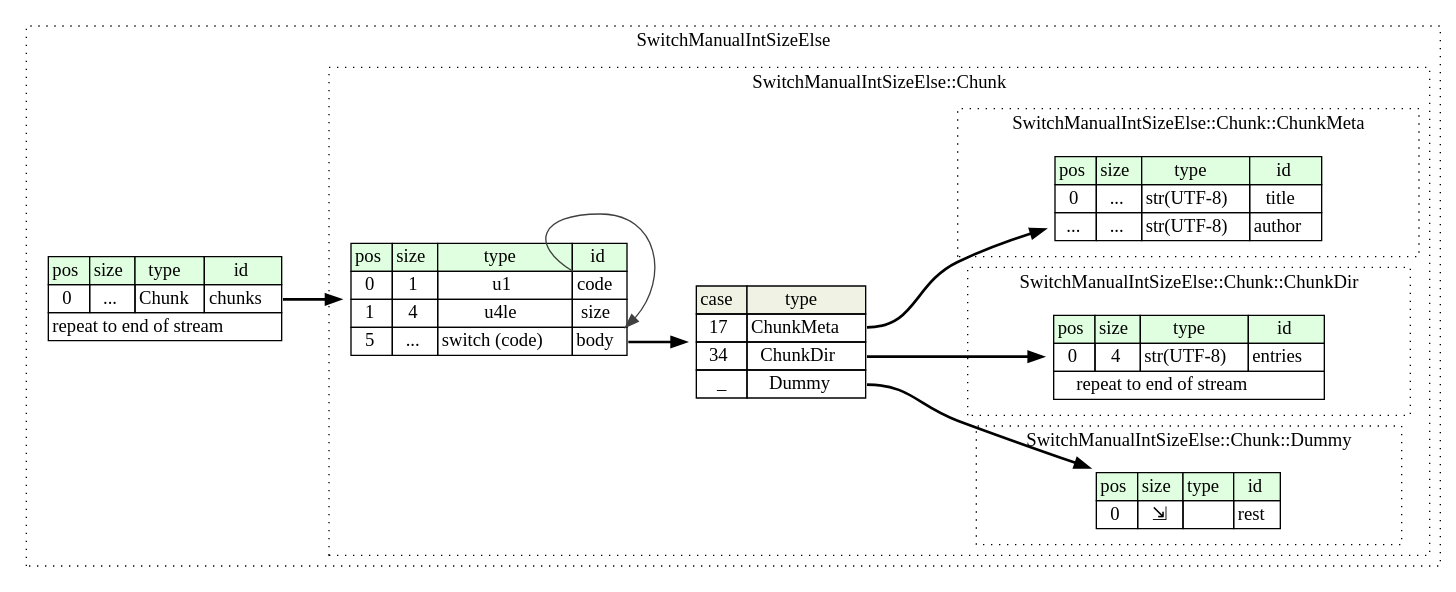
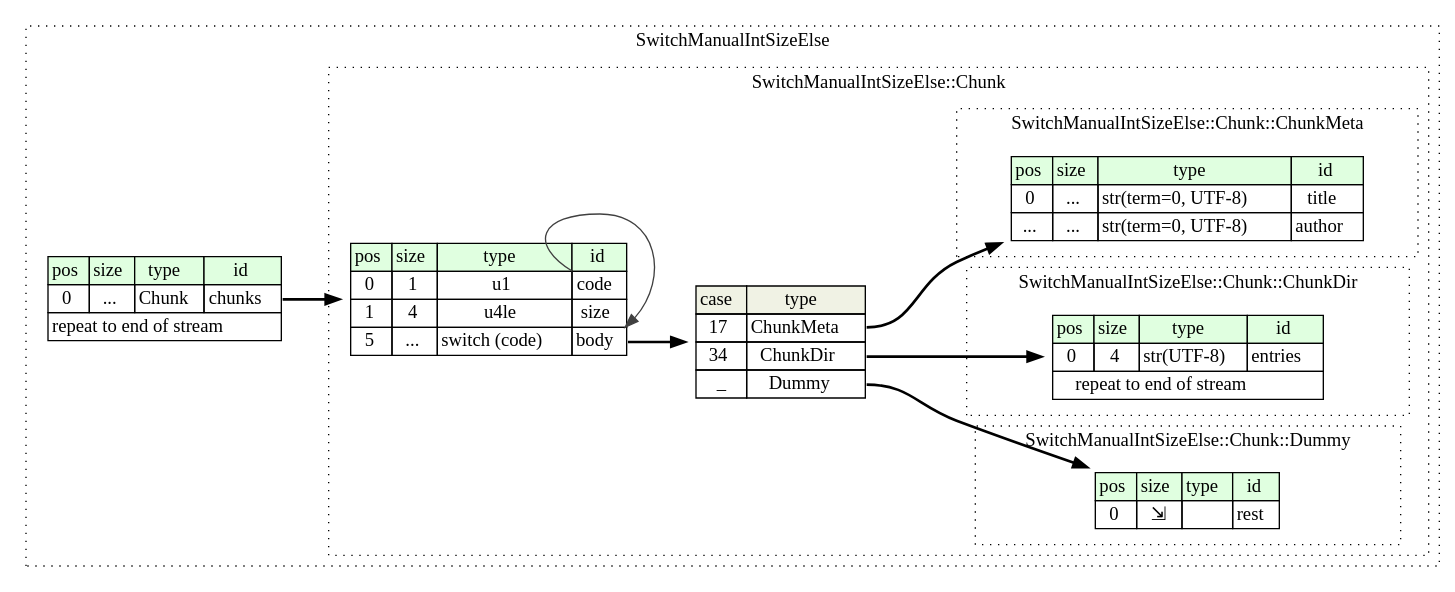
Before and after one commit to kaitai-io/ci_targets: the diagram in compiled/graphviz/switch_manual_int_size_else.dot, drawn with Graphviz. The commit also changed 439 other files, not shown here.

```diff
--- a/compiled/graphviz/switch_manual_int_size_else.dot
+++ b/compiled/graphviz/switch_manual_int_size_else.dot
@@ -1,66 +1,66 @@
 digraph {
 	rankdir=LR;
 	node [shape=plaintext];
 	subgraph cluster__switch_manual_int_size_else {
 		label="SwitchManualIntSizeElse";
 		graph[style=dotted];
 
 		switch_manual_int_size_else__seq [label=<<TABLE BORDER="0" CELLBORDER="1" CELLSPACING="0">
 			<TR><TD BGCOLOR="#E0FFE0">pos</TD><TD BGCOLOR="#E0FFE0">size</TD><TD BGCOLOR="#E0FFE0">type</TD><TD BGCOLOR="#E0FFE0">id</TD></TR>
 			<TR><TD PORT="chunks_pos">0</TD><TD PORT="chunks_size">...</TD><TD>Chunk</TD><TD PORT="chunks_type">chunks</TD></TR>
 			<TR><TD COLSPAN="4" PORT="chunks__repeat">repeat to end of stream</TD></TR>
 		</TABLE>>];
 		subgraph cluster__chunk {
 			label="SwitchManualIntSizeElse::Chunk";
 			graph[style=dotted];
 
 			chunk__seq [label=<<TABLE BORDER="0" CELLBORDER="1" CELLSPACING="0">
 				<TR><TD BGCOLOR="#E0FFE0">pos</TD><TD BGCOLOR="#E0FFE0">size</TD><TD BGCOLOR="#E0FFE0">type</TD><TD BGCOLOR="#E0FFE0">id</TD></TR>
 				<TR><TD PORT="code_pos">0</TD><TD PORT="code_size">1</TD><TD>u1</TD><TD PORT="code_type">code</TD></TR>
 				<TR><TD PORT="size_pos">1</TD><TD PORT="size_size">4</TD><TD>u4le</TD><TD PORT="size_type">size</TD></TR>
 				<TR><TD PORT="body_pos">5</TD><TD PORT="body_size">...</TD><TD>switch (code)</TD><TD PORT="body_type">body</TD></TR>
 			</TABLE>>];
 chunk__seq_body_switch [label=<<TABLE BORDER="0" CELLBORDER="1" CELLSPACING="0">
 	<TR><TD BGCOLOR="#F0F2E4">case</TD><TD BGCOLOR="#F0F2E4">type</TD></TR>
 	<TR><TD>17</TD><TD PORT="case0">ChunkMeta</TD></TR>
 	<TR><TD>34</TD><TD PORT="case1">ChunkDir</TD></TR>
 	<TR><TD>_</TD><TD PORT="case2">Dummy</TD></TR>
 </TABLE>>];
 			subgraph cluster__chunk_dir {
 				label="SwitchManualIntSizeElse::Chunk::ChunkDir";
 				graph[style=dotted];
 
 				chunk_dir__seq [label=<<TABLE BORDER="0" CELLBORDER="1" CELLSPACING="0">
 					<TR><TD BGCOLOR="#E0FFE0">pos</TD><TD BGCOLOR="#E0FFE0">size</TD><TD BGCOLOR="#E0FFE0">type</TD><TD BGCOLOR="#E0FFE0">id</TD></TR>
 					<TR><TD PORT="entries_pos">0</TD><TD PORT="entries_size">4</TD><TD>str(UTF-8)</TD><TD PORT="entries_type">entries</TD></TR>
 					<TR><TD COLSPAN="4" PORT="entries__repeat">repeat to end of stream</TD></TR>
 				</TABLE>>];
 			}
 			subgraph cluster__chunk_meta {
 				label="SwitchManualIntSizeElse::Chunk::ChunkMeta";
 				graph[style=dotted];
 
 				chunk_meta__seq [label=<<TABLE BORDER="0" CELLBORDER="1" CELLSPACING="0">
 					<TR><TD BGCOLOR="#E0FFE0">pos</TD><TD BGCOLOR="#E0FFE0">size</TD><TD BGCOLOR="#E0FFE0">type</TD><TD BGCOLOR="#E0FFE0">id</TD></TR>
-					<TR><TD PORT="title_pos">0</TD><TD PORT="title_size">...</TD><TD>str(UTF-8)</TD><TD PORT="title_type">title</TD></TR>
-					<TR><TD PORT="author_pos">...</TD><TD PORT="author_size">...</TD><TD>str(UTF-8)</TD><TD PORT="author_type">author</TD></TR>
+					<TR><TD PORT="title_pos">0</TD><TD PORT="title_size">...</TD><TD>str(term=0, UTF-8)</TD><TD PORT="title_type">title</TD></TR>
+					<TR><TD PORT="author_pos">...</TD><TD PORT="author_size">...</TD><TD>str(term=0, UTF-8)</TD><TD PORT="author_type">author</TD></TR>
 				</TABLE>>];
 			}
 			subgraph cluster__dummy {
 				label="SwitchManualIntSizeElse::Chunk::Dummy";
 				graph[style=dotted];
 
 				dummy__seq [label=<<TABLE BORDER="0" CELLBORDER="1" CELLSPACING="0">
 					<TR><TD BGCOLOR="#E0FFE0">pos</TD><TD BGCOLOR="#E0FFE0">size</TD><TD BGCOLOR="#E0FFE0">type</TD><TD BGCOLOR="#E0FFE0">id</TD></TR>
 					<TR><TD PORT="rest_pos">0</TD><TD PORT="rest_size">⇲</TD><TD></TD><TD PORT="rest_type">rest</TD></TR>
 				</TABLE>>];
 			}
 		}
 	}
 	switch_manual_int_size_else__seq:chunks_type -> chunk__seq [style=bold];
 	chunk__seq:body_type -> chunk__seq_body_switch [style=bold];
 	chunk__seq_body_switch:case0 -> chunk_meta__seq [style=bold];
 	chunk__seq_body_switch:case1 -> chunk_dir__seq [style=bold];
 	chunk__seq_body_switch:case2 -> dummy__seq [style=bold];
 	chunk__seq:code_type -> chunk__seq:body_type [color="#404040"];
 }
```
